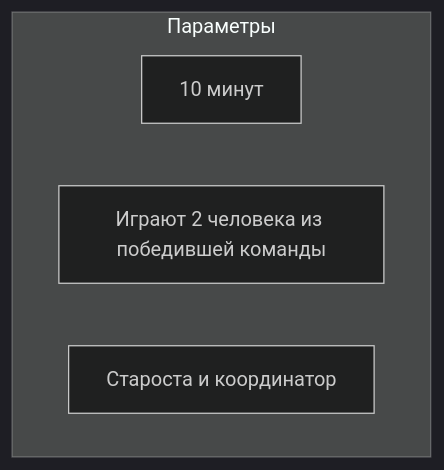
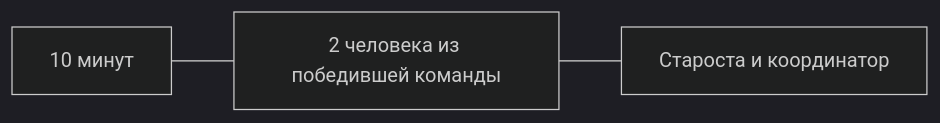
The fifth of 7 diagrams in README.md (CoF-Luke/Game_100_to_1), drawn with Mermaid (dark theme) before and after one commit. The commit also changed other lines of this file and 2 other files, not shown here.

````diff
--- a/README.md
+++ b/README.md
@@ -175,8 +172,4 @@
 ```mermaid
-graph TD
-    subgraph Параметры
-        P1["10 минут"]
-        P2["Играют 2 человека из победившей команды"]
-        P3["Староста и координатор"]
-    end
+graph LR
+    P1["10 минут"] --- P2["2 человека из победившей команды"] --- P3["Староста и координатор"]
 ```
````
